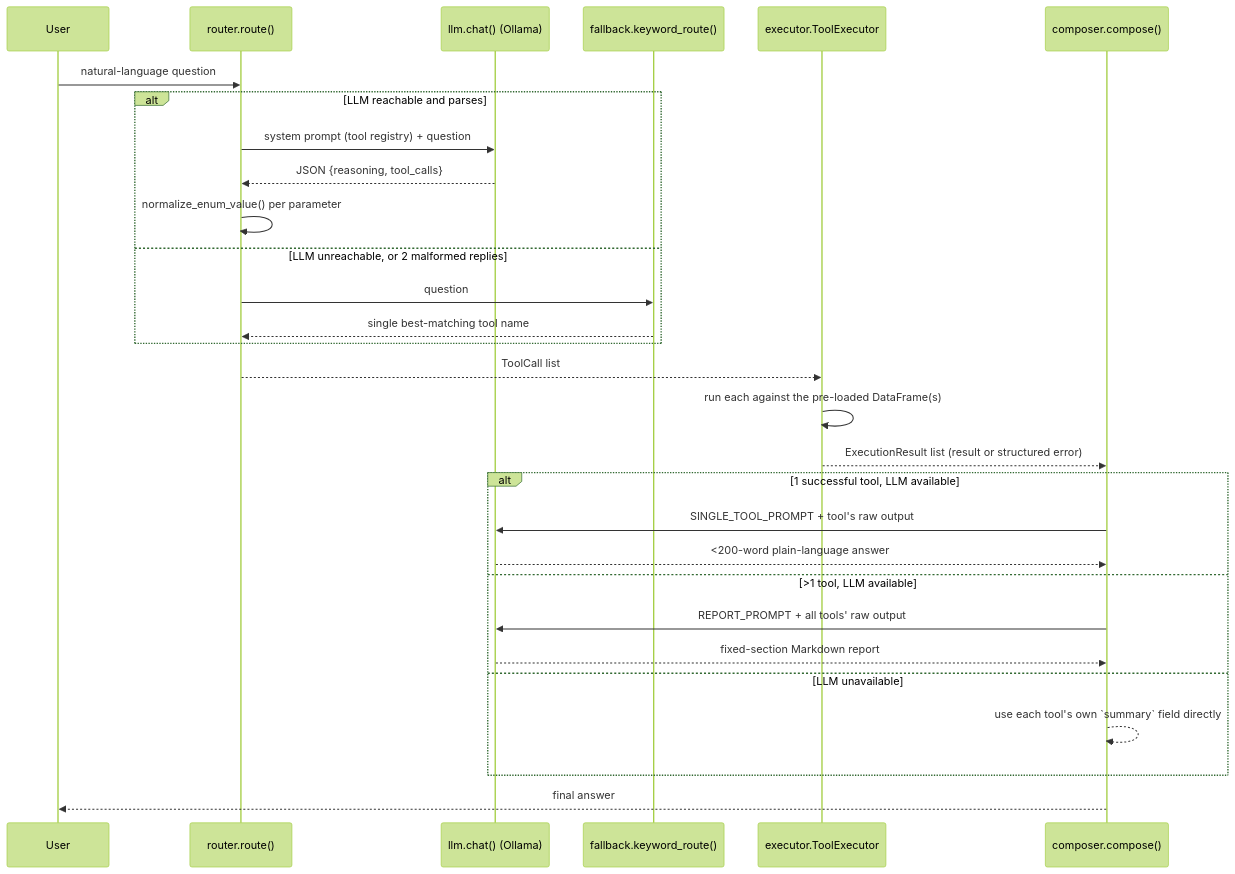
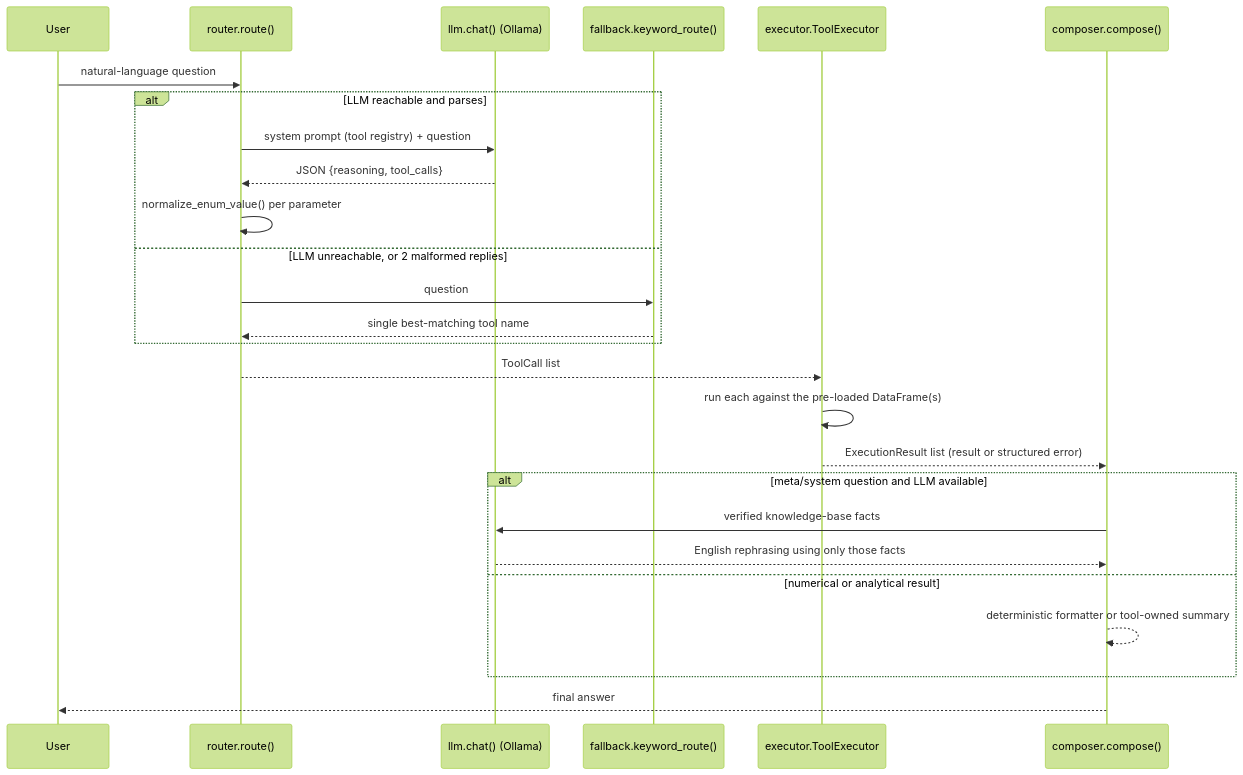
One commit to christianpriska/ArolProjectQ3 changed the diagram in docs/agent_flow.md. Above: the diagram before and after it, drawn with Mermaid (forest theme). The commit also changed other lines of this file and 18 other files, not shown here.

````diff
--- a/docs/agent_flow.md
+++ b/docs/agent_flow.md
@@ -8,32 +8,29 @@
 ```mermaid
 sequenceDiagram
     participant U as User
     participant R as router.route()
     participant L as llm.chat() (Ollama)
     participant K as fallback.keyword_route()
     participant E as executor.ToolExecutor
     participant C as composer.compose()
 
     U->>R: natural-language question
     alt LLM reachable and parses
         R->>L: system prompt (tool registry) + question
         L-->>R: JSON {reasoning, tool_calls}
         R->>R: normalize_enum_value() per parameter
     else LLM unreachable, or 2 malformed replies
         R->>K: question
         K-->>R: single best-matching tool name
     end
     R-->>E: ToolCall list
     E->>E: run each against the pre-loaded DataFrame(s)
     E-->>C: ExecutionResult list (result or structured error)
-    alt 1 successful tool, LLM available
-        C->>L: SINGLE_TOOL_PROMPT + tool's raw output
-        L-->>C: <200-word plain-language answer
-    else >1 tool, LLM available
-        C->>L: REPORT_PROMPT + all tools' raw output
-        L-->>C: fixed-section Markdown report
-    else LLM unavailable
-        C-->>C: use each tool's own `summary` field directly
+    alt meta/system question and LLM available
+        C->>L: verified knowledge-base facts
+        L-->>C: English rephrasing using only those facts
+    else numerical or analytical result
+        C-->>C: deterministic formatter or tool-owned summary
     end
     C-->>U: final answer
 ```
````
